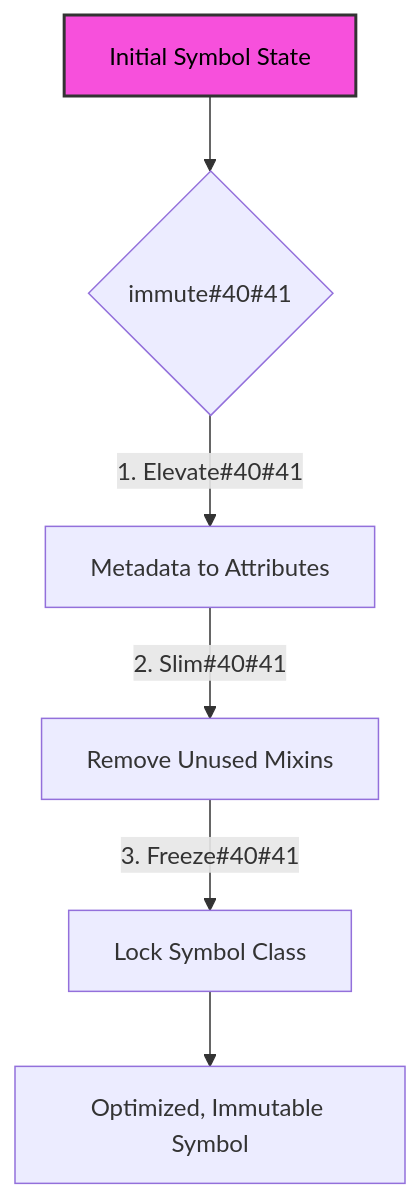
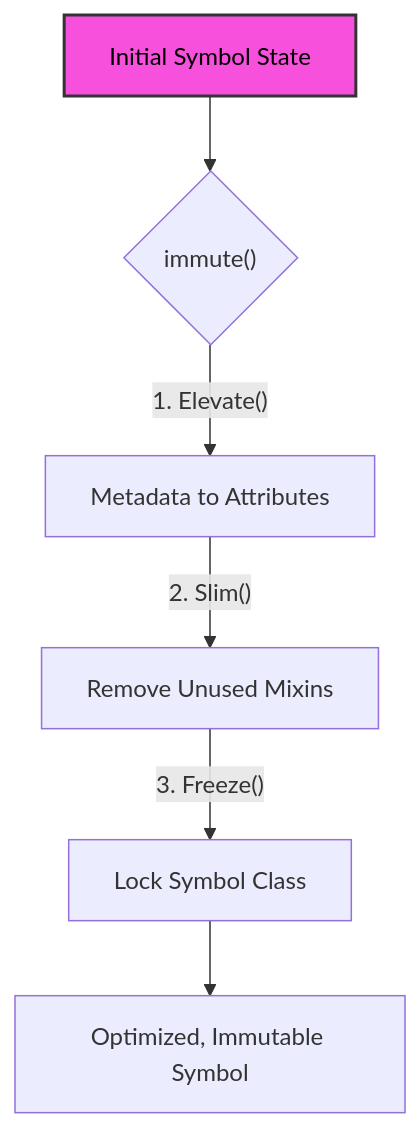
Diagram 11 of 13 in docs/readme_details/8_api_highlights/index.md (ikko/sym), drawn with Mermaid before and after one commit. The commit also changed other lines of this file and 17 other files, not shown here.

````diff
--- a/docs/readme_details/8_api_highlights/index.md
+++ b/docs/readme_details/8_api_highlights/index.md
@@ -475,12 +475,12 @@
 ```mermaid
 graph TD
-    A[Initial Symbol State] --> B{immute#40#41};
-    B -- "1. Elevate#40#41" --> C[Metadata to Attributes];
-    C -- "2. Slim#40#41" --> D[Remove Unused Mixins];
-    D -- "3. Freeze#40#41" --> E[Lock Symbol Class];
+    A[Initial Symbol State] --> B{immute#40;#41;};
+    B -- "1. Elevate#40;#41;" --> C[Metadata to Attributes];
+    C -- "2. Slim#40;#41;" --> D[Remove Unused Mixins];
+    D -- "3. Freeze#40;#41;" --> E[Lock Symbol Class];
     E --> F[Optimized, Immutable Symbol];
 
     style A fill:#f750dc,stroke:#333,stroke-width:2px,color:#000000;
 
     style A fill:#f750dc,stroke:#333,stroke-width:2px,color:#000000;
 ```
````
